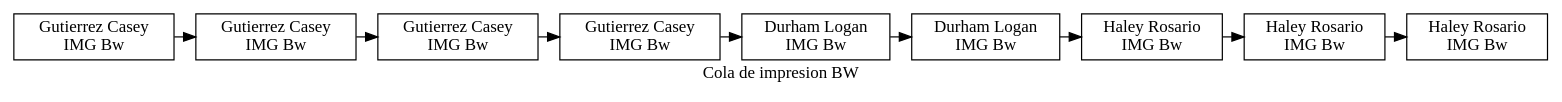
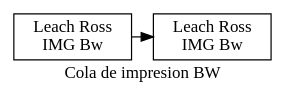
Before and after one commit to Kelly901/EDD_PROYECTO_FASE1_201900716: the diagram in [EDD]PROYECTO_FASE1_201900716/Proyecto1_Edd/impresoraBw.dot, drawn with Graphviz. The commit also changed 26 other files, not shown here.

```diff
--- a/[EDD]PROYECTO_FASE1_201900716/Proyecto1_Edd/impresoraBw.dot
+++ b/[EDD]PROYECTO_FASE1_201900716/Proyecto1_Edd/impresoraBw.dot
@@ -1,34 +1,13 @@
 digraph G{
 label="Cola de impresion BW";
 node[shape=box];
-n142257191[label="Haley Rosario
+n424058530[label="Leach Ross
 IMG Bw "];
-n1044036744[label="Haley Rosario
-IMG Bw "];
-n1826771953[label="Haley Rosario
-IMG Bw "];
-n1406718218[label="Durham Logan
-IMG Bw "];
-n245257410[label="Durham Logan
-IMG Bw "];
-n1705736037[label="Gutierrez Casey
-IMG Bw "];
-n455659002[label="Gutierrez Casey
-IMG Bw "];
-n250421012[label="Gutierrez Casey
-IMG Bw "];
-n1915318863[label="Gutierrez Casey
+n321001045[label="Leach Ross
 IMG Bw "];
 
 {rank=same;
-n1044036744->n142257191;
-n1826771953->n1044036744;
-n1406718218->n1826771953;
-n245257410->n1406718218;
-n1705736037->n245257410;
-n455659002->n1705736037;
-n250421012->n455659002;
-n1915318863->n250421012;
+n321001045->n424058530;
 
 }
 }
```
